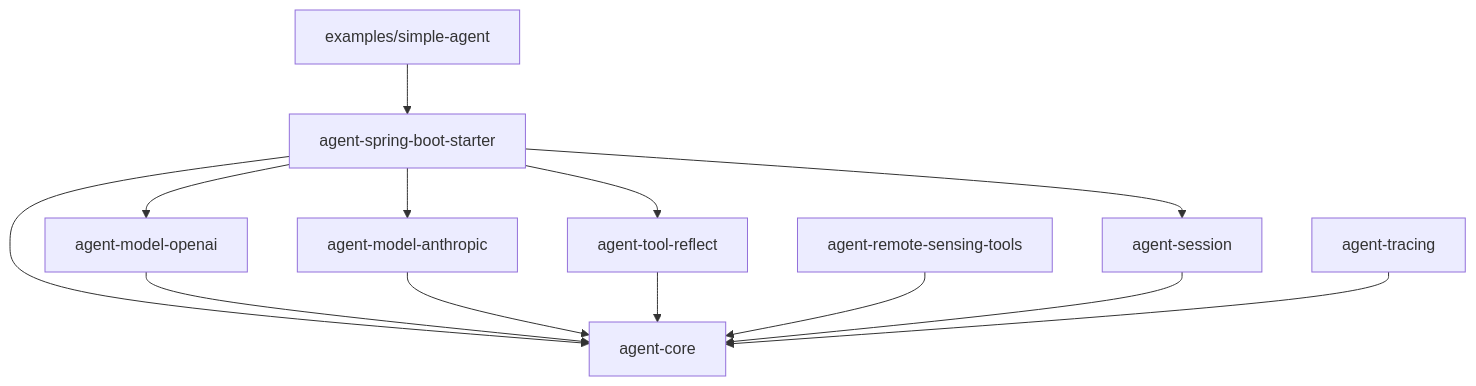
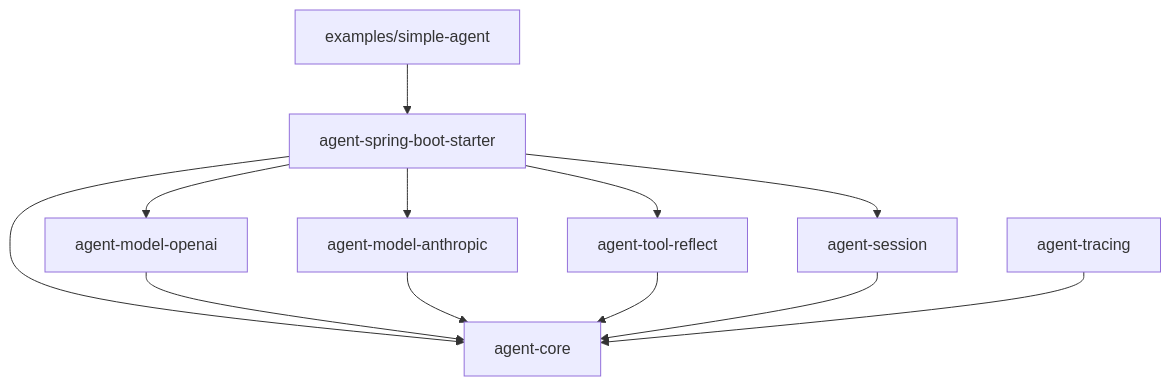
Before and after one commit to Ariza-ye/air-agent: the diagram in README-ZH.md, drawn with Mermaid. The commit also changed other lines of this file and 12 other files, not shown here.

````diff
--- a/README-ZH.md
+++ b/README-ZH.md
@@ -57,15 +55,14 @@
 ```mermaid
 flowchart TD
     Example["examples/simple-agent"] --> Starter["agent-spring-boot-starter"]
     Starter --> Core["agent-core"]
     Starter --> OpenAI["agent-model-openai"]
     Starter --> Anthropic["agent-model-anthropic"]
     Starter --> Reflect["agent-tool-reflect"]
     Starter --> Session["agent-session"]
     OpenAI --> Core
     Anthropic --> Core
     Reflect --> Core
-    RemoteSensing["agent-remote-sensing-tools"] --> Core
     Session --> Core
     Tracing["agent-tracing"] --> Core
 ```
````
